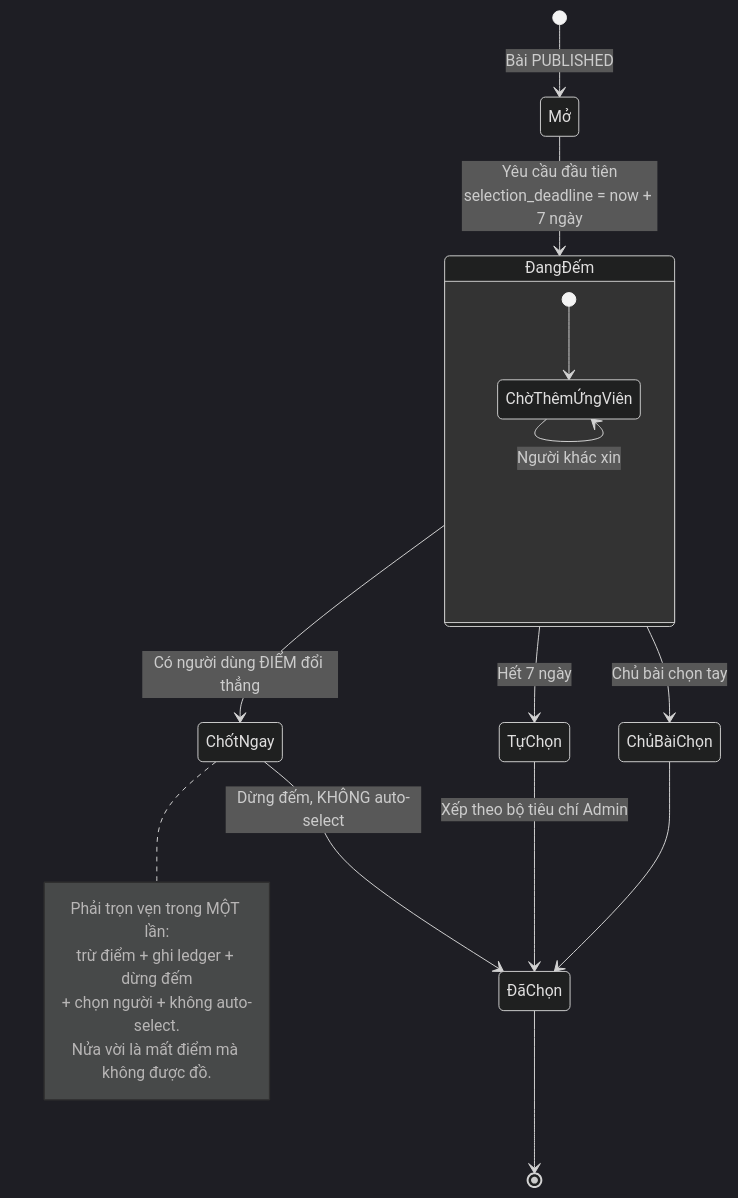
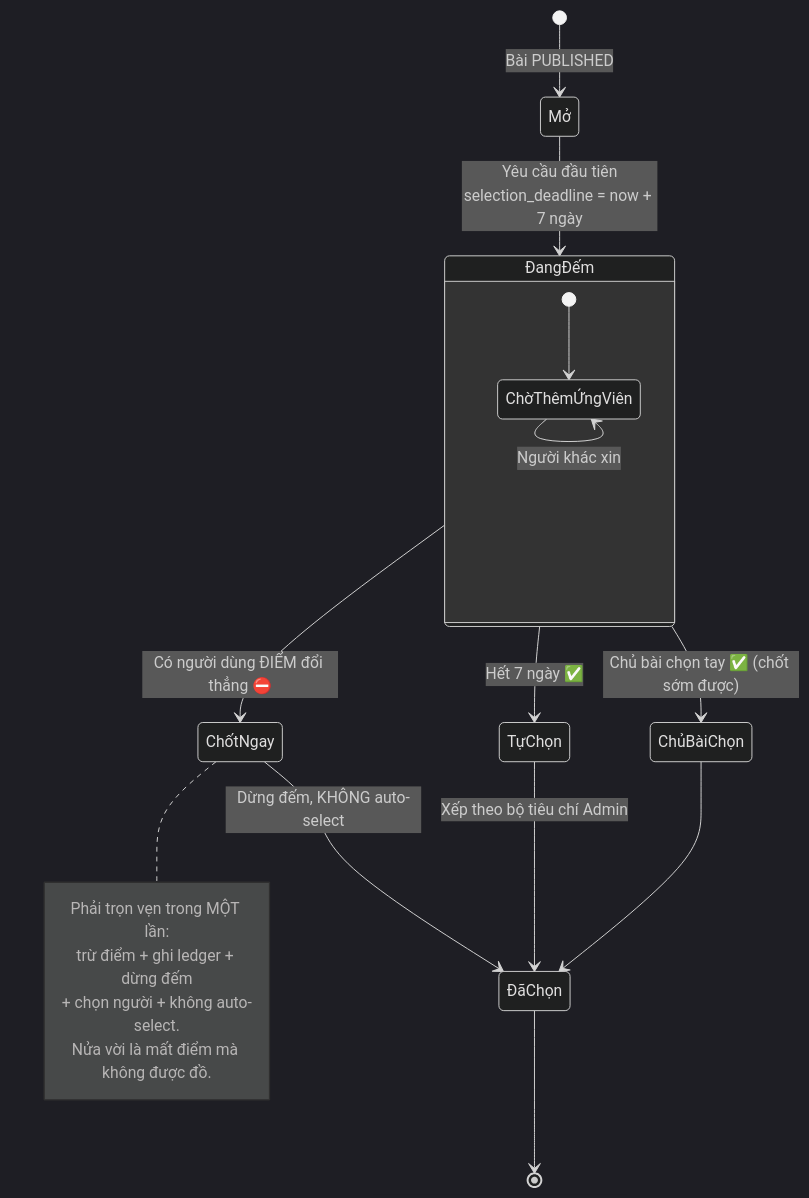
The third of 6 diagrams in docs/diagram/07-request.md (fdshn/trueheart), drawn with Mermaid (dark theme) before and after one commit. The commit also changed other lines of this file and 20 other files, not shown here.

````diff
--- a/docs/diagram/07-request.md
+++ b/docs/diagram/07-request.md
@@ -57,26 +57,26 @@
 ```mermaid
 stateDiagram-v2
     [*] --> Mở: Bài PUBLISHED
     Mở --> ĐangĐếm: Yêu cầu đầu tiên<br/>selection_deadline = now + 7 ngày
 
     state ĐangĐếm {
         [*] --> ChờThêmỨngViên
         ChờThêmỨngViên --> ChờThêmỨngViên: Người khác xin
     }
 
-    ĐangĐếm --> ChốtNgay: Có người dùng ĐIỂM đổi thẳng
-    ĐangĐếm --> TựChọn: Hết 7 ngày
-    ĐangĐếm --> ChủBàiChọn: Chủ bài chọn tay
+    ĐangĐếm --> ChốtNgay: Có người dùng ĐIỂM đổi thẳng ⛔
+    ĐangĐếm --> TựChọn: Hết 7 ngày ✅
+    ĐangĐếm --> ChủBàiChọn: Chủ bài chọn tay ✅ (chốt sớm được)
 
     ChốtNgay --> ĐãChọn: Dừng đếm, KHÔNG auto-select
     TựChọn --> ĐãChọn: Xếp theo bộ tiêu chí Admin
     ChủBàiChọn --> ĐãChọn
     ĐãChọn --> [*]
 
     note right of ChốtNgay
         Phải trọn vẹn trong MỘT lần:
         trừ điểm + ghi ledger + dừng đếm
         + chọn người + không auto-select.
         Nửa vời là mất điểm mà không được đồ.
     end note
 ```
````
